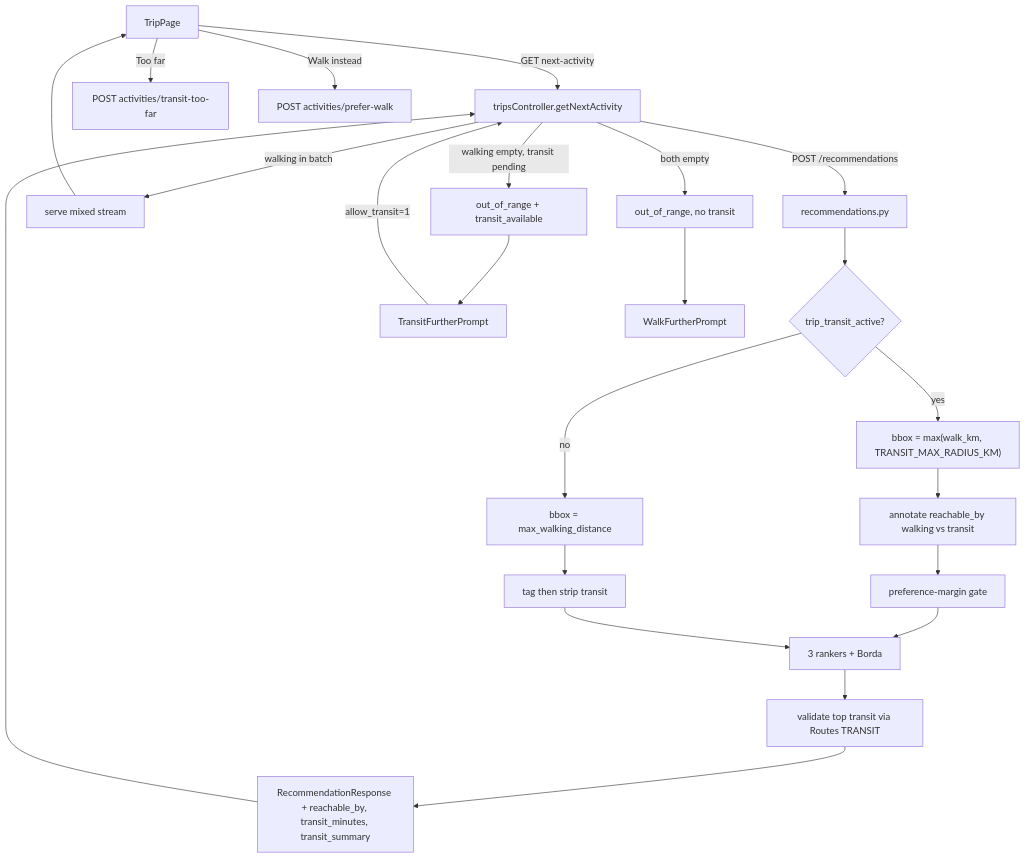
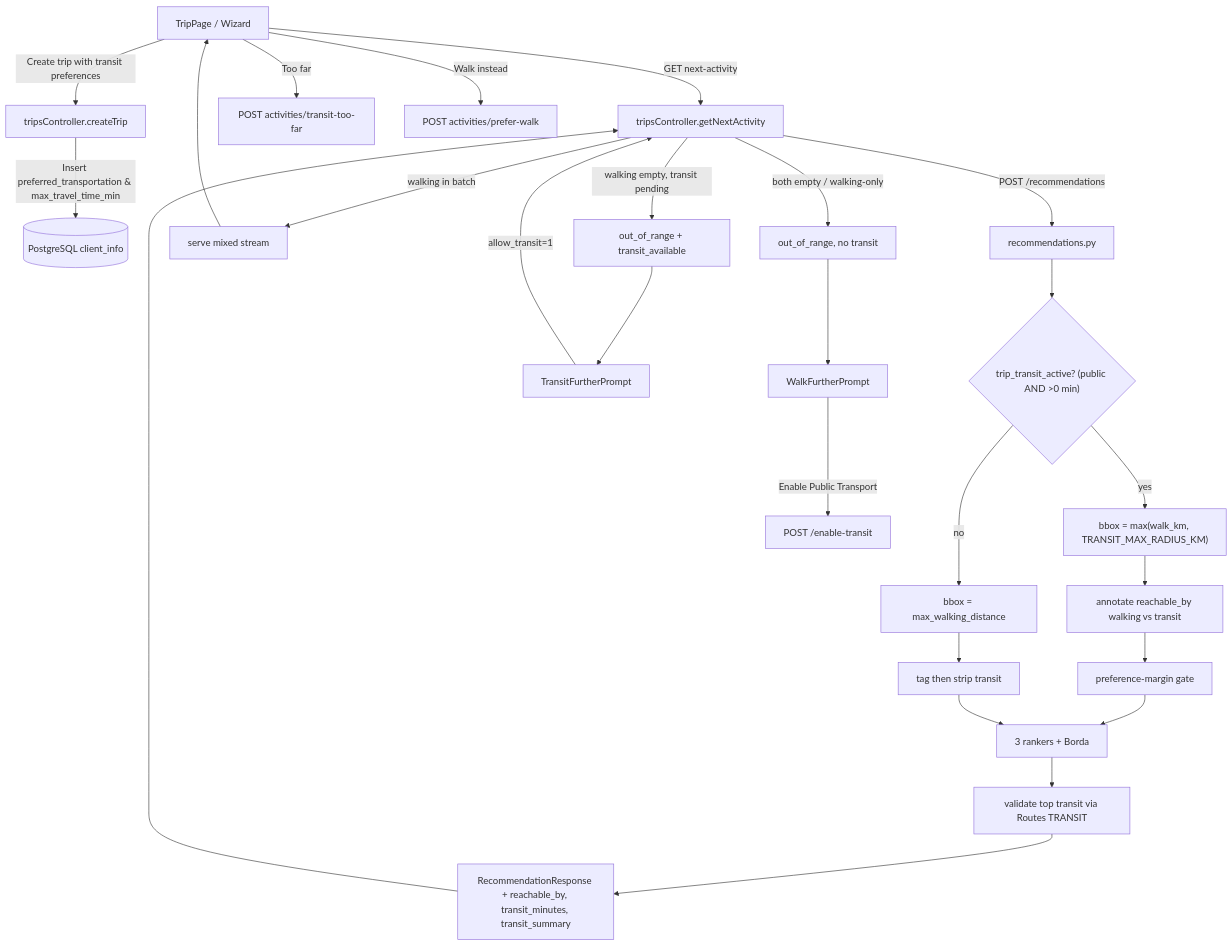
Before and after one commit to lior610/SpontaneousAI: the diagram in explanations/public_transport_suggestions.md, drawn with Mermaid. The commit also changed other lines of this file, not shown here.

Commit message:
docs: update public transport suggestions explanation document

````diff
--- a/explanations/public_transport_suggestions.md
+++ b/explanations/public_transport_suggestions.md
@@ -158,25 +172,28 @@
 ```mermaid
 flowchart TD
-  W[TripPage] -->|GET next-activity| API[tripsController.getNextActivity]
-  API -->|POST /recommendations| E[recommendations.py]
-  E --> Active{"trip_transit_active?"}
+  W[TripPage / Wizard] -->|Create trip with transit preferences| API[tripsController.createTrip]
+  API -->|Insert preferred_transportation & max_travel_time_min| DB[(PostgreSQL client_info)]
+  W -->|GET next-activity| API2[tripsController.getNextActivity]
+  API2 -->|POST /recommendations| E[recommendations.py]
+  E --> Active{"trip_transit_active? (public AND >0 min)"}
   Active -->|no| WalkBBox["bbox = max_walking_distance"]
   Active -->|yes| BBox["bbox = max(walk_km, TRANSIT_MAX_RADIUS_KM)"]
   BBox --> Tag["annotate reachable_by walking vs transit"]
   Tag --> Gate["preference-margin gate"]
   Gate --> Rank["3 rankers + Borda"]
   Rank --> Val["validate top transit via Routes TRANSIT"]
   Val --> Resp["RecommendationResponse + reachable_by, transit_minutes, transit_summary"]
   WalkBBox --> TagWalk["tag then strip transit"]
   TagWalk --> Rank
-  Resp --> API
-  API -->|walking in batch| Mix[serve mixed stream]
-  API -->|walking empty, transit pending| Prompt["out_of_range + transit_available"]
-  API -->|both empty| WalkPrompt["out_of_range, no transit"]
+  Resp --> API2
+  API2 -->|walking in batch| Mix[serve mixed stream]
+  API2 -->|walking empty, transit pending| Prompt["out_of_range + transit_available"]
+  API2 -->|both empty / walking-only| WalkPrompt["out_of_range, no transit"]
   Mix --> W
   Prompt --> TFP[TransitFurtherPrompt]
   WalkPrompt --> WFP[WalkFurtherPrompt]
-  TFP -->|allow_transit=1| API
+  TFP -->|allow_transit=1| API2
+  WFP -->|Enable Public Transport| ET[POST /enable-transit]
   W -->|Too far| TF[POST activities/transit-too-far]
   W -->|Walk instead| PW[POST activities/prefer-walk]
 ```
````
